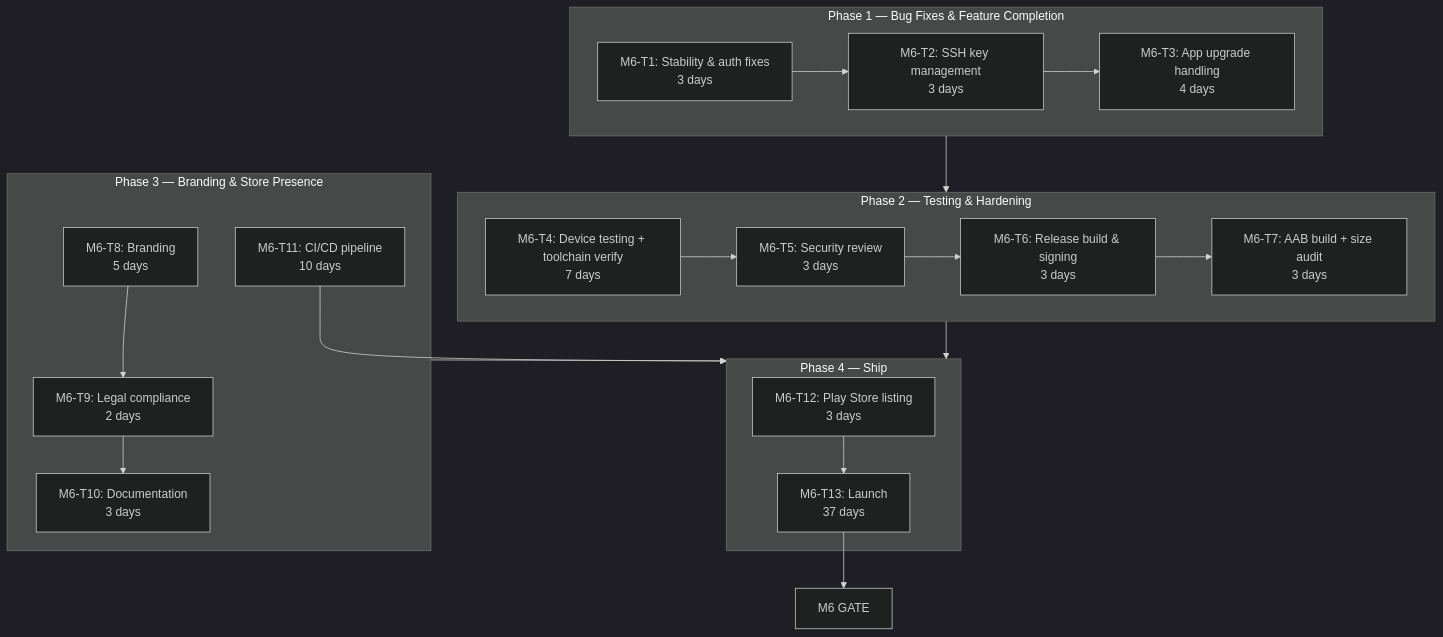
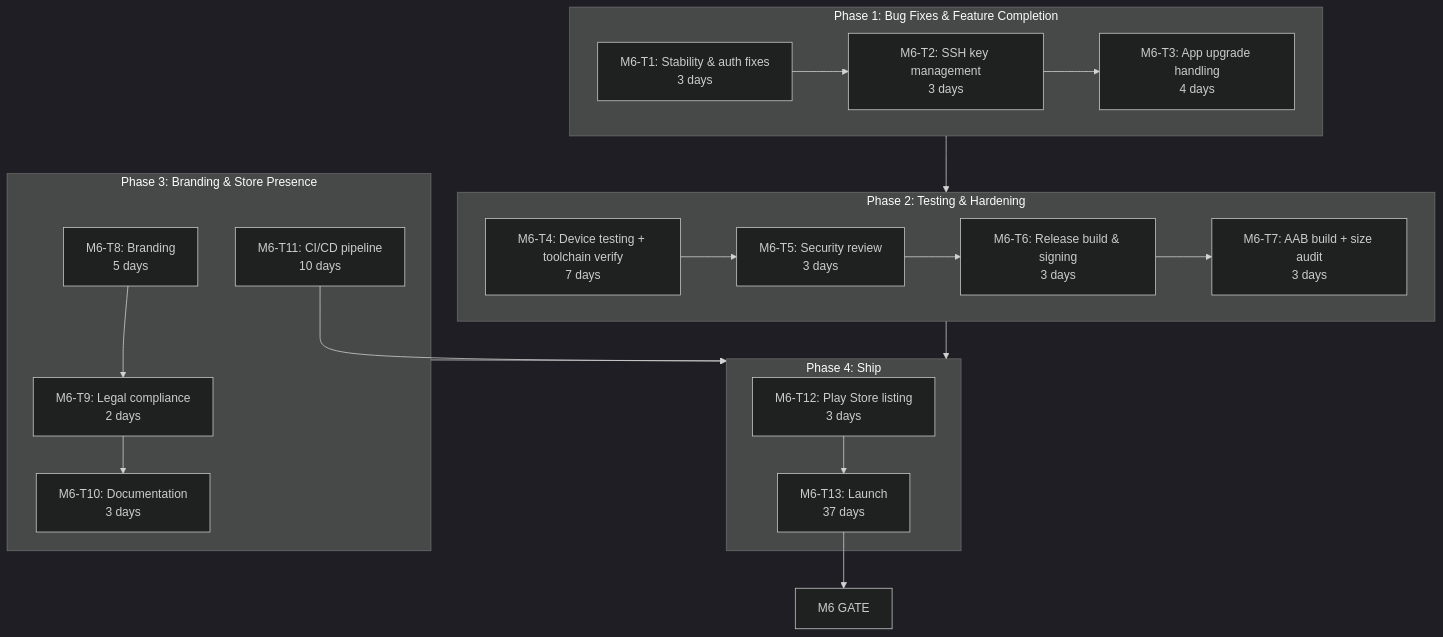
Before and after one commit to cuixinyuan666/vscodroid: the ninth of 9 diagrams in docs/12-IMPLEMENTATION_PLAN.md, drawn with Mermaid (dark theme). The commit also changed other lines of this file and 117 other files, not shown here.

````diff
--- a/docs/12-IMPLEMENTATION_PLAN.md
+++ b/docs/12-IMPLEMENTATION_PLAN.md
@@ -2153,38 +2153,38 @@
 ```mermaid
 flowchart TD
-  subgraph P1["Phase 1 — Bug Fixes & Feature Completion"]
+  subgraph P1["Phase 1: Bug Fixes & Feature Completion"]
     M6T1["M6-T1: Stability & auth fixes<br/>3 days"] --> M6T2["M6-T2: SSH key management<br/>3 days"]
     M6T2 --> M6T3["M6-T3: App upgrade handling<br/>4 days"]
   end
 
-  subgraph P2["Phase 2 — Testing & Hardening"]
+  subgraph P2["Phase 2: Testing & Hardening"]
     M6T4["M6-T4: Device testing + toolchain verify<br/>7 days"]
     M6T5["M6-T5: Security review<br/>3 days"]
     M6T6["M6-T6: Release build & signing<br/>3 days"]
     M6T7["M6-T7: AAB build + size audit<br/>3 days"]
     M6T4 --> M6T5
     M6T5 --> M6T6
     M6T6 --> M6T7
   end
 
-  subgraph P3["Phase 3 — Branding & Store Presence"]
+  subgraph P3["Phase 3: Branding & Store Presence"]
     M6T8["M6-T8: Branding<br/>5 days"]
     M6T9["M6-T9: Legal compliance<br/>2 days"]
     M6T10["M6-T10: Documentation<br/>3 days"]
     M6T11["M6-T11: CI/CD pipeline<br/>10 days"]
     M6T8 --> M6T9
     M6T9 --> M6T10
   end
 
-  subgraph P4["Phase 4 — Ship"]
+  subgraph P4["Phase 4: Ship"]
     M6T12["M6-T12: Play Store listing<br/>3 days"]
     M6T13["M6-T13: Launch<br/>37 days"]
     M6T12 --> M6T13
   end
 
   P1 --> P2
   P2 --> P4
   P3 --> P4
   M6T11 --> P4
   M6T13 --> M6GATE["M6 GATE"]
 ```
````
